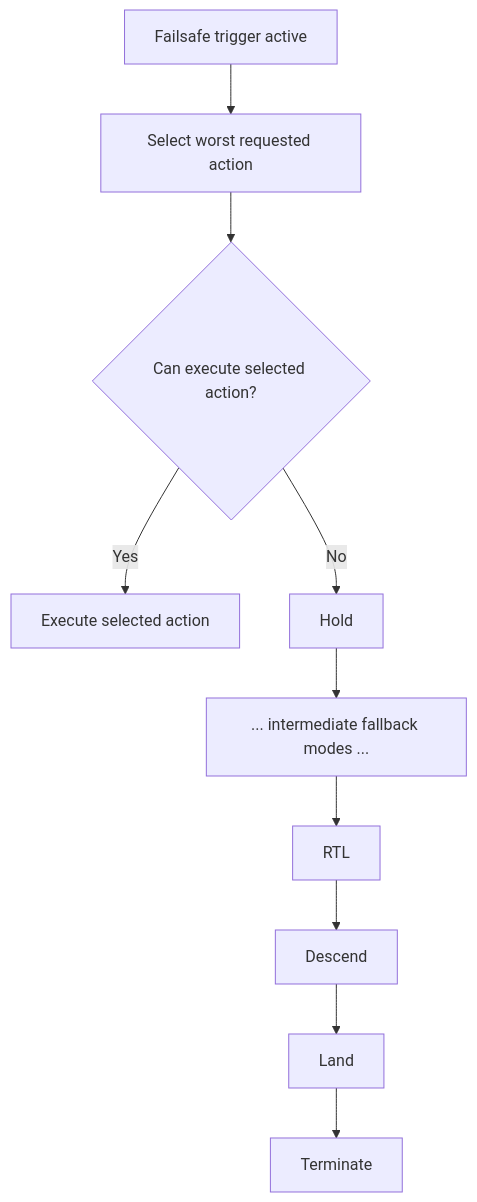
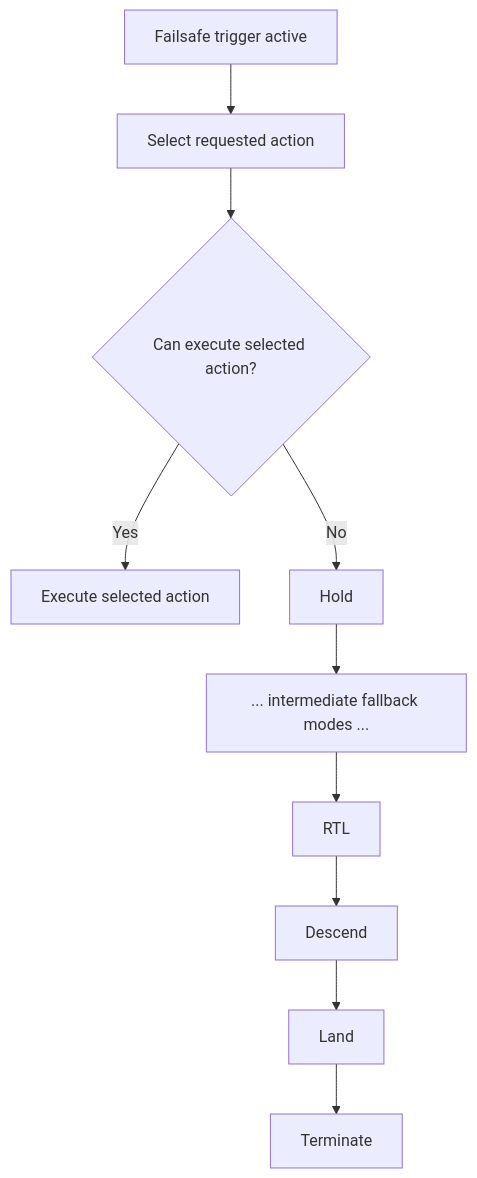
Before and after one commit to LLKE/teardown-px4-failsafe-chain: the first of 2 diagrams in README.md, drawn with Mermaid. The commit also changed other lines of this file and 3 other files, not shown here.

````diff
--- a/README.md
+++ b/README.md
@@ -31,13 +31,13 @@
 ```mermaid
 flowchart TD
-    A[Failsafe trigger active] --> B[Select worst requested action]
+    A[Failsafe trigger active] --> B[Select requested action]
     B --> C{Can execute selected action?}
 
     C -->|Yes| X[Execute selected action]
     C -->|No| H[Hold]
     H --> DOT[... intermediate fallback modes ...]
     DOT --> R[RTL]
     R --> D[Descend]
     D --> L[Land]
     L --> T[Terminate]
 ```
````
